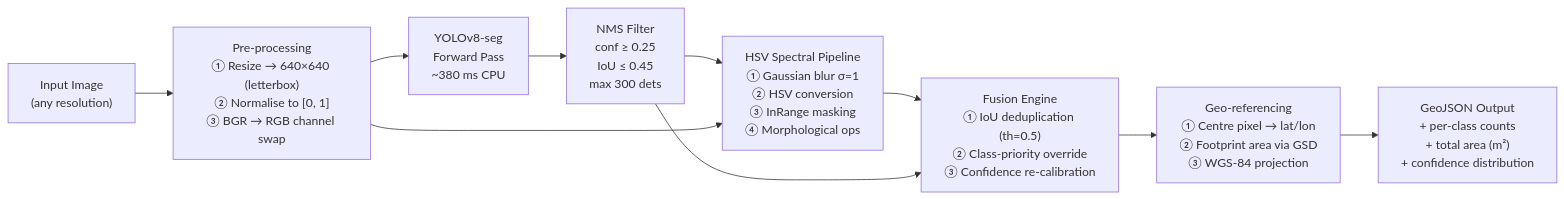
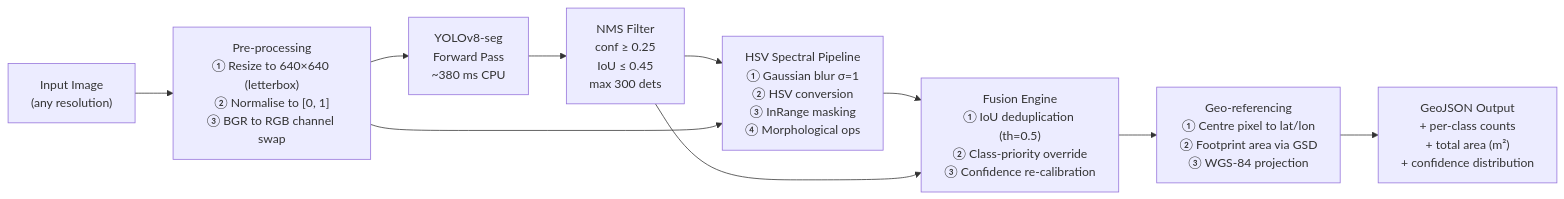
Before and after one commit to tejassinghbhati/AISAMS: the third of 4 diagrams in README.md, drawn with Mermaid. The commit also changed other lines of this file, not shown here.

Commit message:
docs: rewrite README as scientific technical document with Mermaid diagrams

````diff
--- a/README.md
+++ b/README.md
@@ -175,22 +175,22 @@
 ```mermaid
 flowchart LR
     IN["Input Image\n(any resolution)"] --> PP
 
-    PP["Pre-processing\n① Resize → 640×640 (letterbox)\n② Normalise to [0, 1]\n③ BGR → RGB channel swap"] --> DET
+    PP["Pre-processing\n① Resize to 640×640 (letterbox)\n② Normalise to [0, 1]\n③ BGR to RGB channel swap"] --> DET
 
     DET["YOLOv8-seg\nForward Pass\n~380 ms CPU"] --> NMS
 
     NMS["NMS Filter\nconf ≥ 0.25\nIoU ≤ 0.45\nmax 300 dets"] --> SPEC
 
     PP --> SPEC
 
     SPEC["HSV Spectral Pipeline\n① Gaussian blur σ=1\n② HSV conversion\n③ InRange masking\n④ Morphological ops"] --> MERGE
 
     NMS --> MERGE
 
     MERGE["Fusion Engine\n① IoU deduplication (th=0.5)\n② Class-priority override\n③ Confidence re-calibration"] --> GEO
 
-    GEO["Geo-referencing\n① Centre pixel → lat/lon\n② Footprint area via GSD\n③ WGS-84 projection"] --> OUT
+    GEO["Geo-referencing\n① Centre pixel to lat/lon\n② Footprint area via GSD\n③ WGS-84 projection"] --> OUT
 
     OUT["GeoJSON Output\n+ per-class counts\n+ total area (m²)\n+ confidence distribution"]
 ```
````
